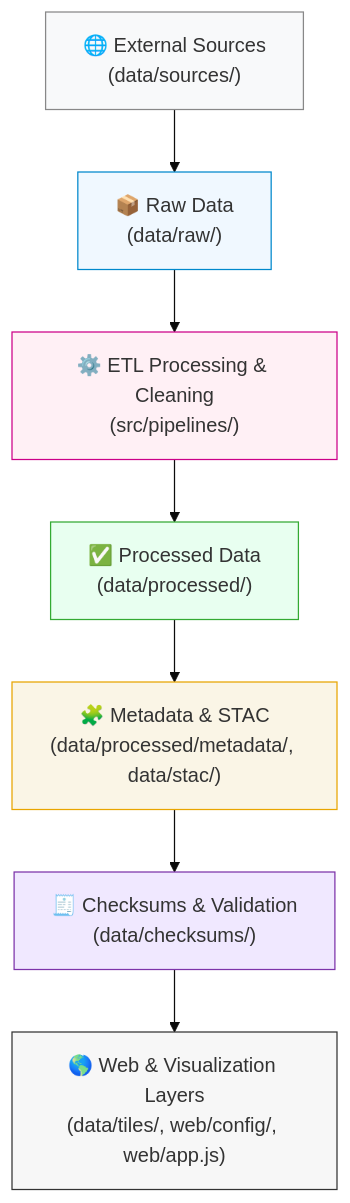
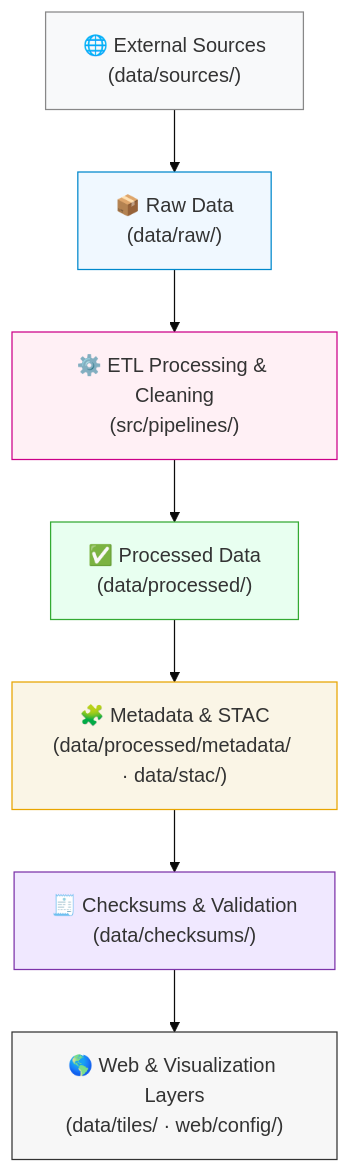
One commit to bartytime4life/Kansas-Frontier-Matrix changed the diagram in data/ARCHITECTURE.md. Above: the diagram before and after it, drawn with Mermaid (base theme). The commit also changed other lines of this file, not shown here.

First line of the commit message:
Refine language and formatting in ARCHITECTURE.md

`````diff
--- a/data/ARCHITECTURE.md
+++ b/data/ARCHITECTURE.md
@@ -37,17 +38,18 @@
 ```mermaid
 flowchart TD
   A["🌐 External Sources\n(data/sources/)"] --> B["📦 Raw Data\n(data/raw/)"]
   B --> C["⚙️ ETL Processing & Cleaning\n(src/pipelines/)"]
   C --> D["✅ Processed Data\n(data/processed/)"]
-  D --> E["🧩 Metadata & STAC\n(data/processed/metadata/, data/stac/)"]
+  D --> E["🧩 Metadata & STAC\n(data/processed/metadata/ · data/stac/)"]
   E --> F["🧾 Checksums & Validation\n(data/checksums/)"]
-  F --> G["🌎 Web & Visualization Layers\n(data/tiles/, web/config/, web/app.js)"]
+  F --> G["🌎 Web & Visualization Layers\n(data/tiles/ · web/config/)"]
 
-  style A fill:#f8f9fa,stroke:#888
-  style B fill:#f0f8ff,stroke:#0088cc
-  style C fill:#fff0f5,stroke:#cc0088
-  style D fill:#e8fff0,stroke:#33aa33
-  style E fill:#faf5e6,stroke:#e8a500
-  style F fill:#f0e8ff,stroke:#7d33aa
-  style G fill:#f7f7f7,stroke:#333
+  style A fill:#f8f9fa,stroke:#888;
+  style B fill:#f0f8ff,stroke:#0088cc;
+  style C fill:#fff0f5,stroke:#cc0088;
+  style D fill:#e8fff0,stroke:#33aa33;
+  style E fill:#faf5e6,stroke:#e8a500;
+  style F fill:#f0e8ff,stroke:#7d33aa;
+  style G fill:#f7f7f7,stroke:#333;
+%% END OF MERMAID
 ````
`````
